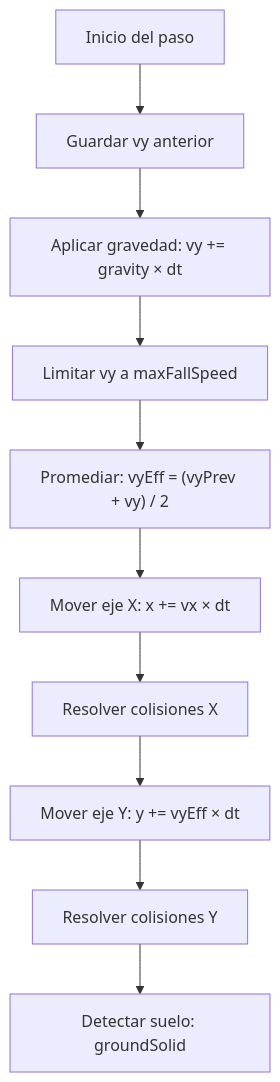
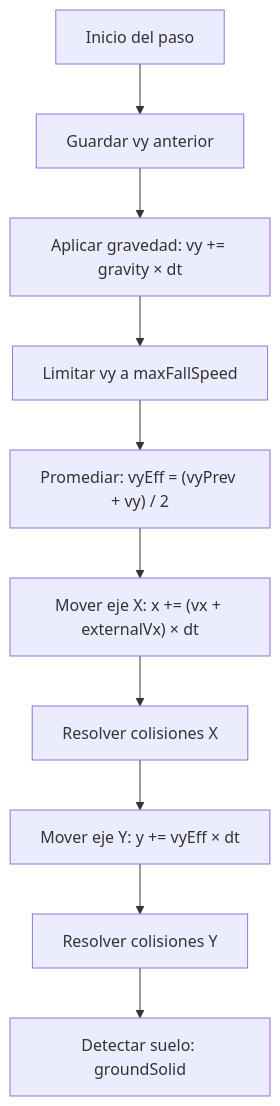
One commit to LDP23/perdida changed the diagram in docs/FISICA.md. Above: the diagram before and after it, drawn with Mermaid. The commit also changed other lines of this file and 69 other files, not shown here.

````diff
--- a/docs/FISICA.md
+++ b/docs/FISICA.md
@@ -10,12 +10,12 @@
 ```mermaid
 flowchart TD
     A[Inicio del paso] --> B[Guardar vy anterior]
     B --> C[Aplicar gravedad: vy += gravity × dt]
     C --> D[Limitar vy a maxFallSpeed]
     D --> E["Promediar: vyEff = (vyPrev + vy) / 2"]
-    E --> F[Mover eje X: x += vx × dt]
+    E --> F["Mover eje X: x += (vx + externalVx) × dt"]
     F --> G[Resolver colisiones X]
-    G --> H[Mover eje Y: y += vyEff × dt]
+    G --> H["Mover eje Y: y += vyEff × dt"]
     H --> I[Resolver colisiones Y]
     I --> J[Detectar suelo: groundSolid]
 ```
````
